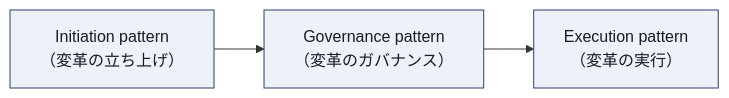
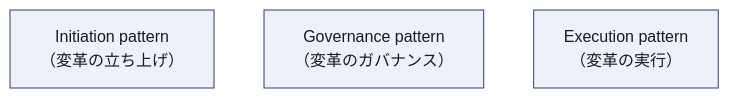
One commit to myoshi2891/Management-Team-Building-Studies changed the fourth of 9 diagrams in Itil-managing-professional-transition-v5-guide.md. Above: the diagram before and after it, drawn with Mermaid. The commit also changed 2 other files, not shown here.

Commit message:
docs(itil): update transition certification paths and transformation patterns diagram

````diff
--- a/Itil-managing-professional-transition-v5-guide.md
+++ b/Itil-managing-professional-transition-v5-guide.md
@@ -261,8 +261,9 @@
 ```mermaid
-flowchart LR
-    P1["Initiation pattern<br/>（変革の立ち上げ）"] --> P2["Governance pattern<br/>（変革のガバナンス）"]
-    P2 --> P3["Execution pattern<br/>（変革の実行）"]
+flowchart TD
+    P1["Initiation pattern<br/>（変革の立ち上げ）"]
+    P2["Governance pattern<br/>（変革のガバナンス）"]
+    P3["Execution pattern<br/>（変革の実行）"]
 
     classDef box fill:#EEF1F8,stroke:#2E3F72,color:#161B26
     class P1,P2,P3 box
 ```
````
